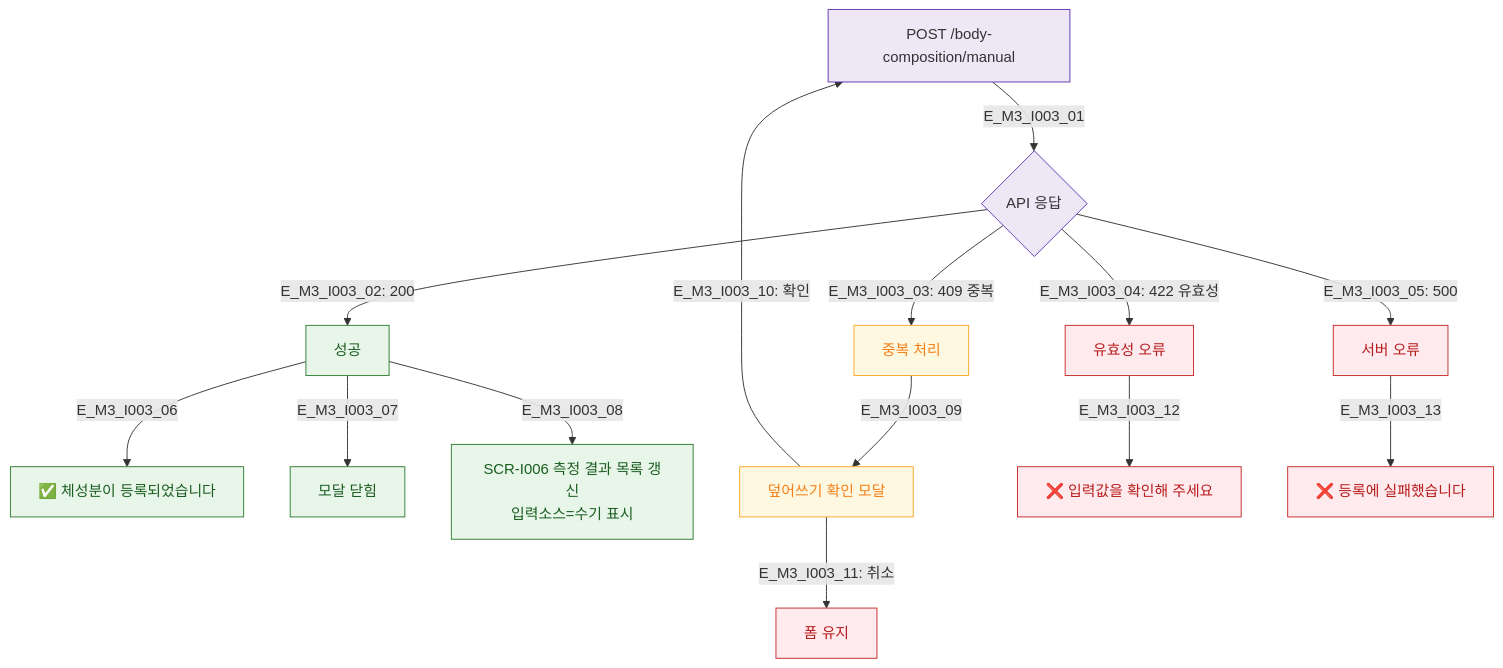
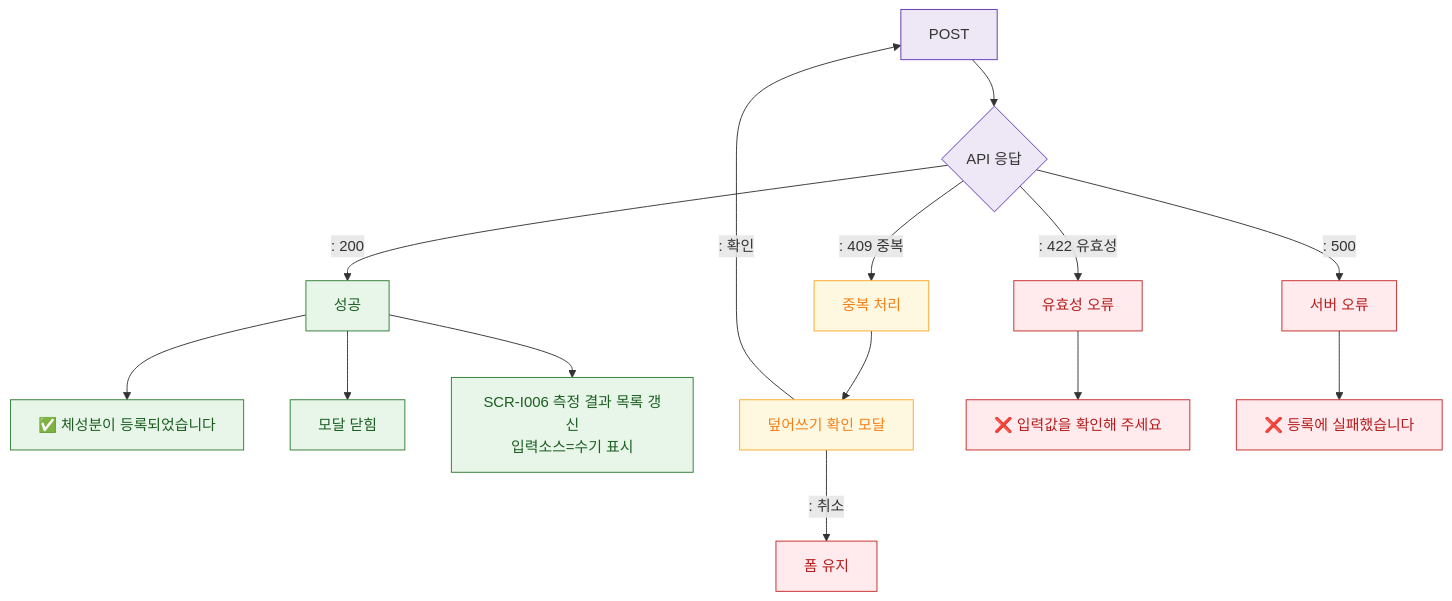
One commit to dev-spogym/admin-pando changed the diagram in docs/다이어그램/D11_통합운영/DLG/DLG-I003_체성분수기등록/M3_결과분기.md. Above: the diagram before and after it, drawn with Mermaid. The commit also changed other lines of this file and 1660 other files, not shown here.

First line of the commit message:
다이어그램: 기획자/클라이언트 납품본으로 정리

````diff
--- a/docs/다이어그램/D11_통합운영/DLG/DLG-I003_체성분수기등록/M3_결과분기.md
+++ b/docs/다이어그램/D11_통합운영/DLG/DLG-I003_체성분수기등록/M3_결과분기.md
@@ -16,30 +14,30 @@
 ```mermaid
 flowchart TD
-    API[POST /body-composition/manual] -->|E_M3_I003_01| RESP{API 응답}
+    API[POST] --> RESP{API 응답}
 
-    RESP -->|"E_M3_I003_02: 200"| OK[성공]
-    RESP -->|"E_M3_I003_03: 409 중복"| DUP[중복 처리]
-    RESP -->|"E_M3_I003_04: 422 유효성"| INVALID[유효성 오류]
-    RESP -->|"E_M3_I003_05: 500"| SERVER_ERR[서버 오류]
+    RESP -->|": 200"|OK[성공]
+    RESP -->|": 409 중복"|DUP[중복 처리]
+    RESP -->|": 422 유효성"|INVALID[유효성 오류]
+    RESP -->|": 500"|SERVER_ERR[서버 오류]
 
-    OK -->|E_M3_I003_06| TOAST_OK[✅ 체성분이 등록되었습니다]
-    OK -->|E_M3_I003_07| CLOSE[모달 닫힘]
-    OK -->|E_M3_I003_08| PARENT_UPDATE[SCR-I006 측정 결과 목록 갱신\n입력소스=수기 표시]
+    OK --> TOAST_OK[✅ 체성분이 등록되었습니다]
+    OK --> CLOSE[모달 닫힘]
+    OK --> PARENT_UPDATE[SCR-I006 측정 결과 목록 갱신\n입력소스=수기 표시]
 
-    DUP -->|E_M3_I003_09| DLG_OVERWRITE[덮어쓰기 확인 모달]
-    DLG_OVERWRITE -->|"E_M3_I003_10: 확인"| API
-    DLG_OVERWRITE -->|"E_M3_I003_11: 취소"| FORM[폼 유지]
+    DUP --> DLG_OVERWRITE[덮어쓰기 확인 모달]
+    DLG_OVERWRITE -->|": 확인"|API
+    DLG_OVERWRITE -->|": 취소"|FORM[폼 유지]
 
-    INVALID -->|E_M3_I003_12| TOAST_INVALID[❌ 입력값을 확인해 주세요]
-    SERVER_ERR -->|E_M3_I003_13| TOAST_ERR[❌ 등록에 실패했습니다]
+    INVALID --> TOAST_INVALID[❌ 입력값을 확인해 주세요]
+    SERVER_ERR --> TOAST_ERR[❌ 등록에 실패했습니다]
 
-    classDef system       fill:#EDE7F6,stroke:#5E35B2
-    classDef success      fill:#E8F5E9,stroke:#2E7D32,color:#1B5E20
-    classDef error        fill:#FFEBEE,stroke:#C62828,color:#B71C1C
-    classDef warning      fill:#FFF8E1,stroke:#F9A825,color:#F57F17
-    classDef modal        fill:#FFF3E0,stroke:#F57C00,color:#E65100
+    classDef system fill:#EDE7F6,stroke:#5E35B2
+    classDef success fill:#E8F5E9,stroke:#2E7D32,color:#1B5E20
+    classDef error fill:#FFEBEE,stroke:#C62828,color:#B71C1C
+    classDef warning fill:#FFF8E1,stroke:#F9A825,color:#F57F17
+    classDef modal fill:#FFF3E0,stroke:#F57C00,color:#E65100
     class API,RESP system
     class OK,TOAST_OK,CLOSE,PARENT_UPDATE success
     class DUP,DLG_OVERWRITE warning
     class INVALID,SERVER_ERR,TOAST_INVALID,TOAST_ERR,FORM error
 ```
````
